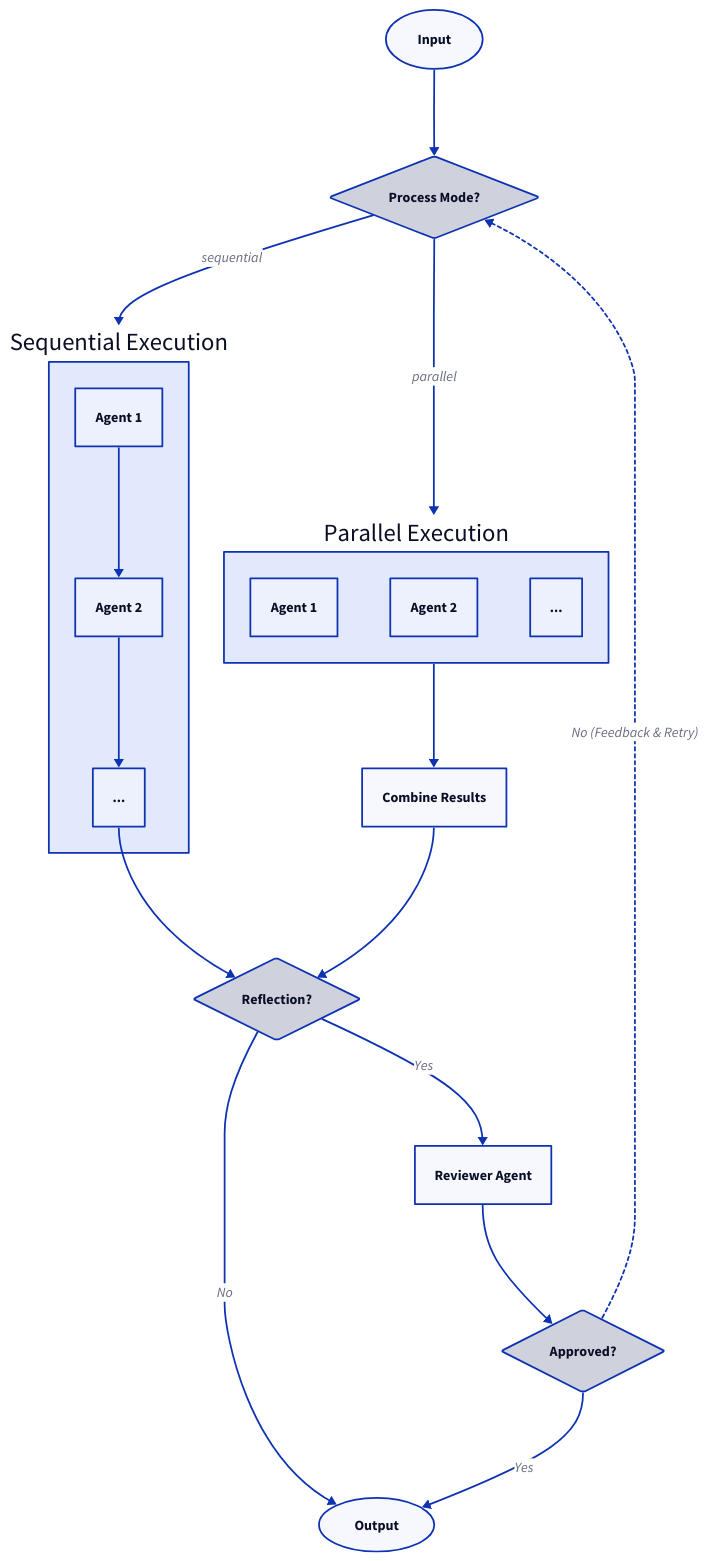
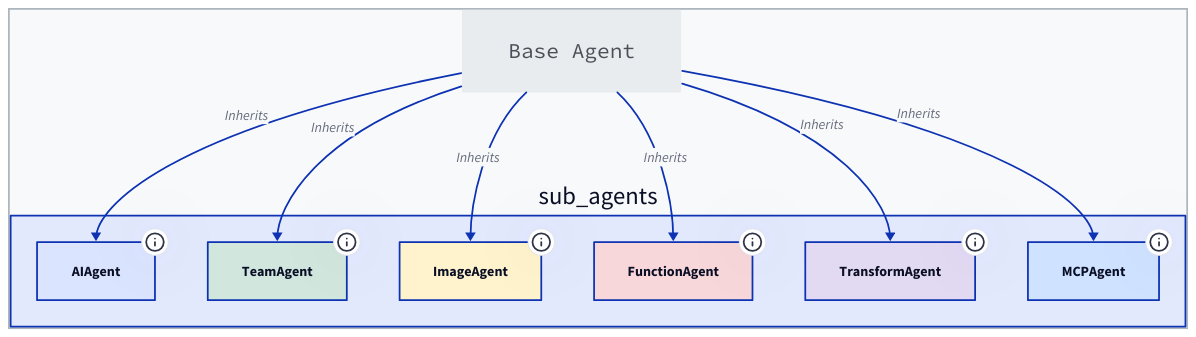
The diagram in .aigne/doc-smith/docs/developer-guide-agents.md (AIGNE-io/aigne-framework), drawn with D2 before and after one commit. The commit also changed other lines of this file and 191 other files, not shown here.

````diff
--- a/.aigne/doc-smith/docs/developer-guide-agents.md
+++ b/.aigne/doc-smith/docs/developer-guide-agents.md
@@ -16,61 +7,58 @@
 ```d2
 direction: down
-
-Input: { shape: oval }
-
-Mode-Selection: {
-  label: "Process Mode?"
-  shape: diamond
+style: {
+  font-size: 14
+  stroke-width: 2
+  fill: "#f8f9fa"
+  stroke: "#adb5bd"
 }
 
-Sequential-Execution: {
-  label: "Sequential Execution"
-  Agent-1: "Agent 1"
-  Agent-2: "Agent 2"
-  Agent-N: "..."
-  Agent-1 -> Agent-2 -> Agent-N
+Agent: {
+  label: "Base Agent"
+  shape: class
+  style: {
+    fill: "#e9ecef"
+    stroke: "#495057"
+  }
 }
 
-Parallel-Execution: {
-  label: "Parallel Execution"
-  p-agent-1: "Agent 1"
-  p-agent-2: "Agent 2"
-  p-agent-n: "..."
+sub_agents: {
+  AIAgent: {
+    label: "AIAgent"
+    tooltip: "Interacts with language models"
+    style: { fill: "#dbe4ff" }
+  }
+  TeamAgent: {
+    label: "TeamAgent"
+    tooltip: "Orchestrates multiple agents"
+    style: { fill: "#d1e7dd" }
+  }
+  ImageAgent: {
+    label: "ImageAgent"
+    tooltip: "Generates images"
+    style: { fill: "#fff3cd" }
+  }
+  FunctionAgent: {
+    label: "FunctionAgent"
+    tooltip: "Wraps custom code"
+    style: { fill: "#f8d7da" }
+  }
+  TransformAgent: {
+    label: "TransformAgent"
+    tooltip: "Performs data mapping"
+    style: { fill: "#e2d9f3" }
+  }
+  MCPAgent: {
+    label: "MCPAgent"
+    tooltip: "Connects to external MCP systems"
+    style: { fill: "#cfe2ff" }
+  }
 }
 
-Combine-Results: "Combine Results"
-
-Reflection-Check: {
-  label: "Reflection?"
-  shape: diamond
-}
-
-Reviewer: {
-  label: "Reviewer Agent"
-}
-
-Approval-Check: {
-  label: "Approved?"
-  shape: diamond
-}
-
-Output: { shape: oval }
-
-Input -> Mode-Selection
-
-Mode-Selection -> Sequential-Execution: "sequential"
-Mode-Selection -> Parallel-Execution: "parallel"
-
-Sequential-Execution.Agent-N -> Reflection-Check
-Parallel-Execution -> Combine-Results
-Combine-Results -> Reflection-Check
-
-Reflection-Check -> Output: "No"
-Reflection-Check -> Reviewer: "Yes"
-
-Reviewer -> Approval-Check
-Approval-Check -> Output: "Yes"
-Approval-Check -> Mode-Selection: "No (Feedback & Retry)" {
-  style.stroke-dash: 2
-}
+Agent -> sub_agents.AIAgent: Inherits
+Agent -> sub_agents.TeamAgent: Inherits
+Agent -> sub_agents.ImageAgent: Inherits
+Agent -> sub_agents.FunctionAgent: Inherits
+Agent -> sub_agents.TransformAgent: Inherits
+Agent -> sub_agents.MCPAgent: Inherits
 ```
````
